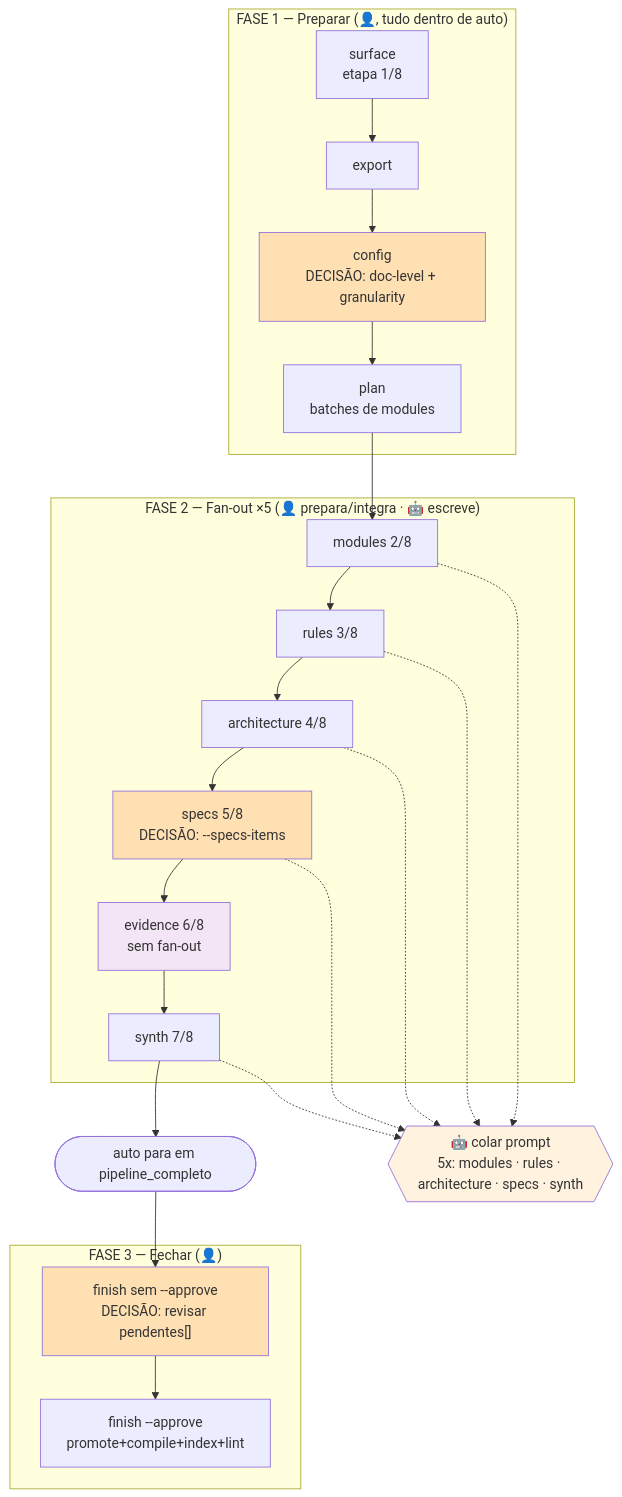
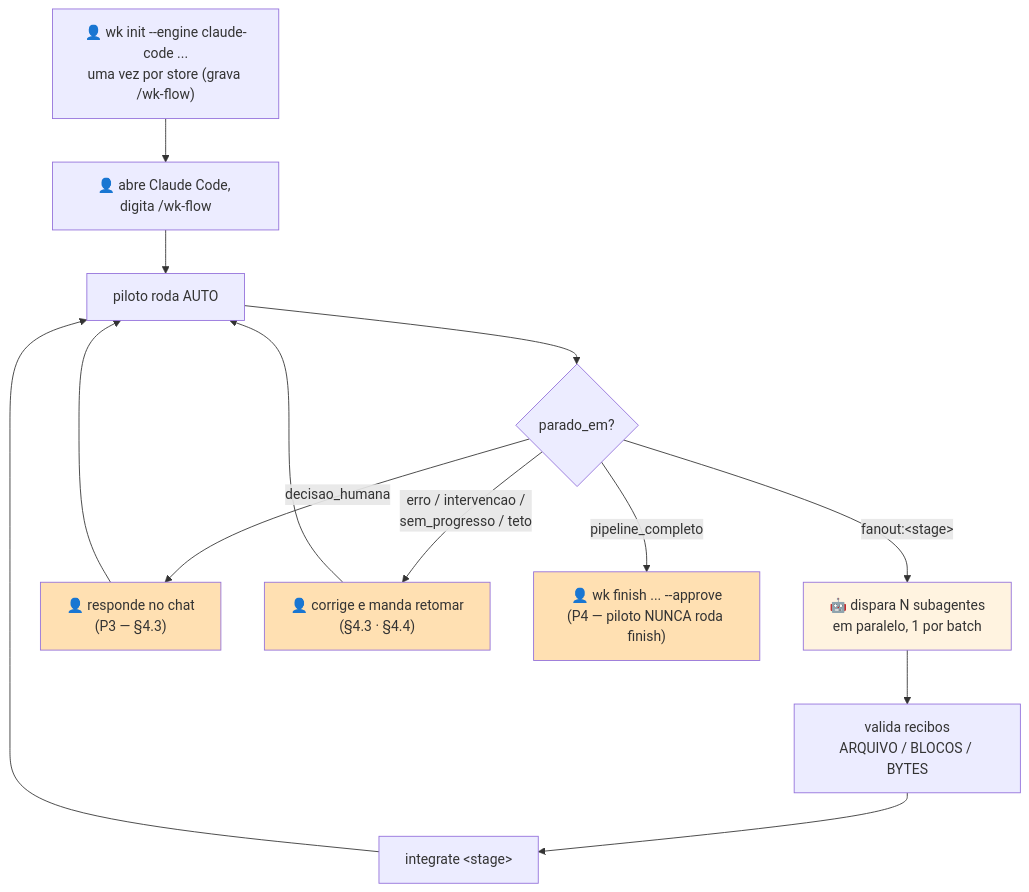
Before and after one commit to devDinoFukuda/wiki-ai: the diagram in README.md, drawn with Mermaid. The commit also changed other lines of this file and 6 other files, not shown here.

Commit message:
feat: modo piloto do FLUXO 3 (onda 8) — wk code pilot, /wk-flow gravado pelo init, jornada P1-P4

````diff
--- a/README.md
+++ b/README.md
@@ -90,26 +92,20 @@
 ```mermaid
 flowchart TD
-    subgraph F1["FASE 1 — Preparar (👤, tudo dentro de auto)"]
-        S["surface<br/>etapa 1/8"] --> E["export"] --> C["config<br/>DECISÃO: doc-level + granularity"] --> P["plan<br/>batches de modules"]
-    end
-    subgraph F2["FASE 2 — Fan-out ×5 (👤 prepara/integra · 🤖 escreve)"]
-        M["modules 2/8"] --> R["rules 3/8"] --> A["architecture 4/8"] --> SP["specs 5/8<br/>DECISÃO: --specs-items"] --> EV["evidence 6/8<br/>sem fan-out"] --> SY["synth 7/8"]
-    end
-    subgraph F3["FASE 3 — Fechar (👤)"]
-        FIN["finish sem --approve<br/>DECISÃO: revisar pendentes[]"] --> FA["finish --approve<br/>promote+compile+index+lint"]
-    end
-    P --> M
-    SY --> STOP(["auto para em pipeline_completo"]) --> FIN
-    LLM{{"🤖 colar prompt<br/>5x: modules · rules · architecture · specs · synth"}}
-    M -.-> LLM
-    R -.-> LLM
-    A -.-> LLM
-    SP -.-> LLM
-    SY -.-> LLM
+    H1["👤 wk init --engine claude-code ...<br/>uma vez por store (grava /wk-flow)"] --> H2["👤 abre Claude Code, digita /wk-flow"]
+    H2 --> AUTO["piloto roda AUTO"]
+    AUTO --> CHECK{"parado_em?"}
+    CHECK -->|"fanout:&lt;stage&gt;"| FAN["🤖 dispara N subagentes<br/>em paralelo, 1 por batch"]
+    FAN --> VAL["valida recibos<br/>ARQUIVO / BLOCOS / BYTES"]
+    VAL --> INT["integrate &lt;stage&gt;"]
+    INT --> AUTO
+    CHECK -->|"decisao_humana"| DEC["👤 responde no chat<br/>(P3 — §4.3)"]
+    DEC --> AUTO
+    CHECK -->|"erro / intervencao /<br/>sem_progresso / teto"| STOPH["👤 corrige e manda retomar<br/>(§4.3 · §4.4)"]
+    STOPH --> AUTO
+    CHECK -->|"pipeline_completo"| FIN["👤 wk finish ... --approve<br/>(P4 — piloto NUNCA roda finish)"]
 
-    style C fill:#ffe0b2
-    style SP fill:#ffe0b2
+    style FAN fill:#fff3e0
+    style DEC fill:#ffe0b2
+    style STOPH fill:#ffe0b2
     style FIN fill:#ffe0b2
-    style LLM fill:#fff3e0
-    style EV fill:#f3e5f5
 ```
````
